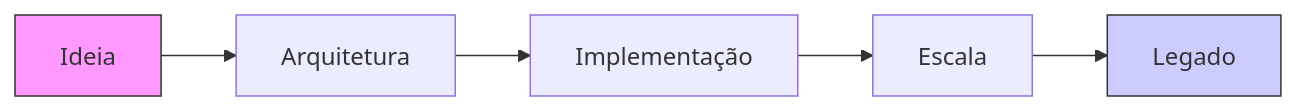
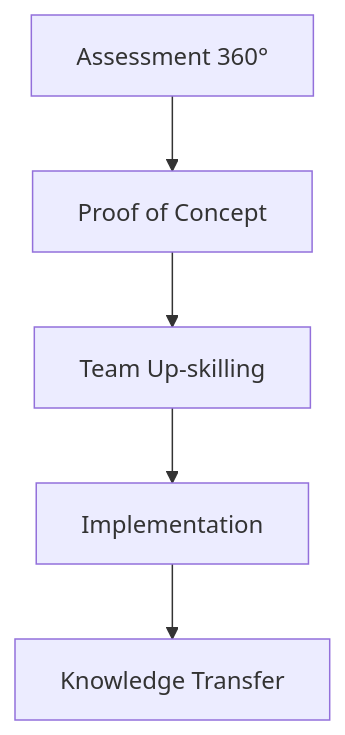
One commit to mentech93/mentech93 changed the diagram in README.md. Above: the diagram before and after it, drawn with Mermaid. The commit also changed other lines of this file, not shown here.

````diff
--- a/README.md
+++ b/README.md
@@ -31,10 +199,7 @@
 ```mermaid
-graph LR
-    A[Ideia] --> B[Arquitetura]
-    B --> C[Implementação]
-    C --> D[Escala]
-    D --> E[Legado]
-    
-    style A fill:#f9f,stroke:#333
-    style E fill:#ccf,stroke:#333
+graph TD
+    A[Assessment 360°] --> B[Proof of Concept]
+    B --> C[Team Up-skilling]
+    C --> D[Implementation]
+    D --> E[Knowledge Transfer]
 ```
````
